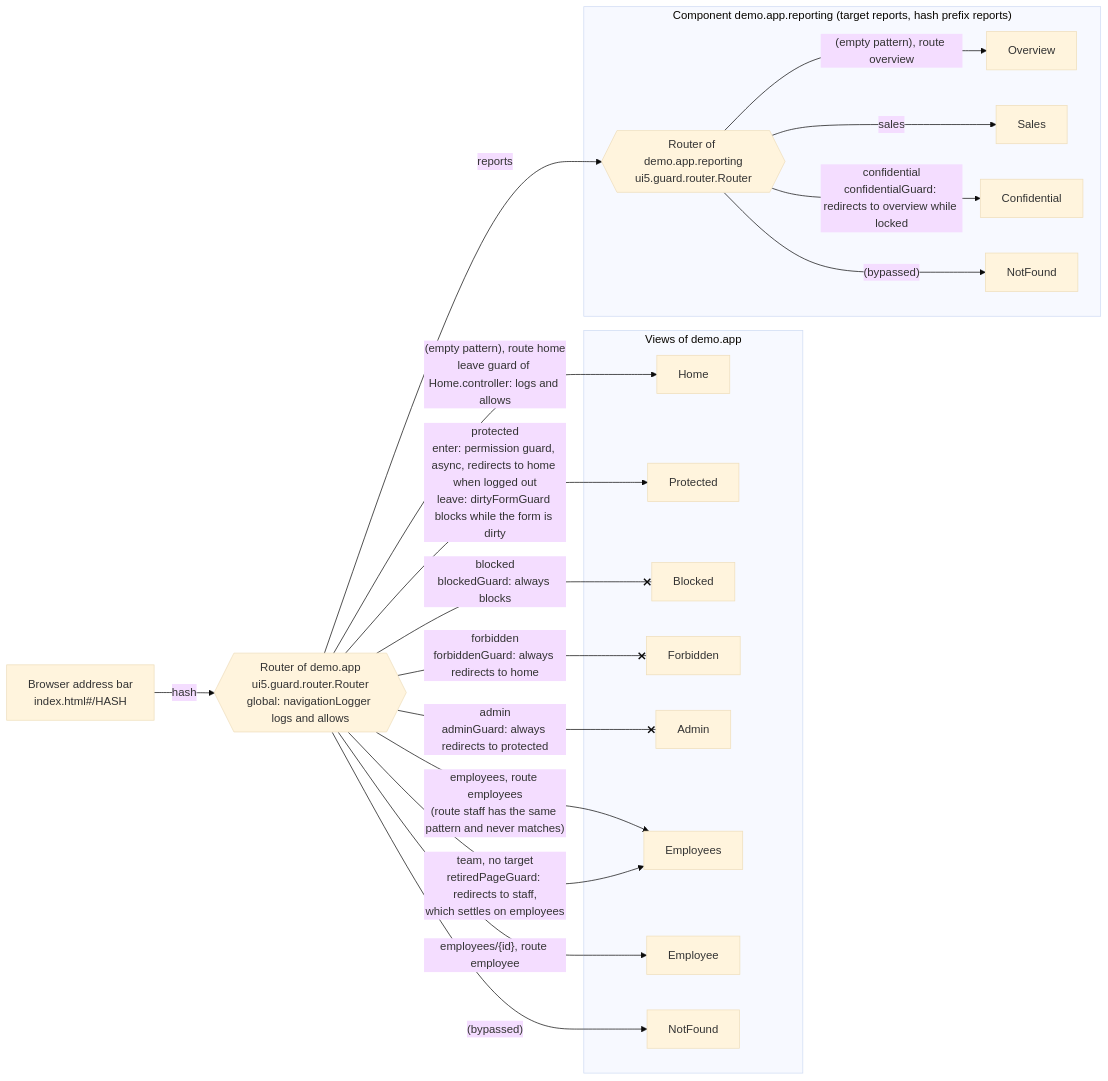
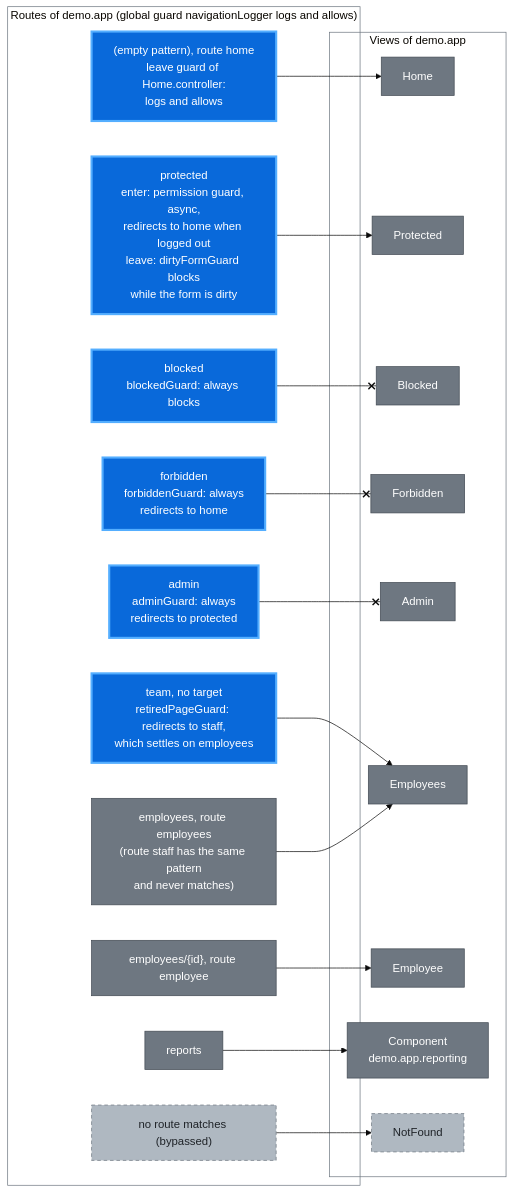
Before and after one commit to wridgeu/ui5-lib-guard-router: the first of 2 diagrams in packages/demo-app/README.md, drawn with Mermaid (base theme). The commit also changed other lines of this file and 6 other files, not shown here.

First line of the commit message:
docs: draw the diagrams narrow, one case each, and colour the overview

````diff
--- a/packages/demo-app/README.md
+++ b/packages/demo-app/README.md
@@ -14,42 +14,47 @@
 ```mermaid
 flowchart LR
-    bar["Browser address bar<br/>index.html#/HASH"]
-    router{{"Router of demo.app<br/>ui5.guard.router.Router<br/>global: navigationLogger logs and allows"}}
+    subgraph routes ["Routes of demo.app (global guard navigationLogger logs and allows)"]
+        rHome["(empty pattern), route home<br/>leave guard of Home.controller:<br/>logs and allows"]
+        rProtected["protected<br/>enter: permission guard, async,<br/>redirects to home when logged out<br/>leave: dirtyFormGuard blocks<br/>while the form is dirty"]
+        rBlocked["blocked<br/>blockedGuard: always blocks"]
+        rForbidden["forbidden<br/>forbiddenGuard: always<br/>redirects to home"]
+        rAdmin["admin<br/>adminGuard: always<br/>redirects to protected"]
+        rTeam["team, no target<br/>retiredPageGuard: redirects to staff,<br/>which settles on employees"]
+        rEmployees["employees, route employees<br/>(route staff has the same pattern<br/>and never matches)"]
+        rEmployee["employees/{id}, route employee"]
+        rReports["reports"]
+        rNone["no route matches (bypassed)"]
+    end
 
-    subgraph app ["Views of demo.app"]
+    subgraph views ["Views of demo.app"]
         home["Home"]
         protected["Protected"]
         blocked["Blocked"]
         forbidden["Forbidden"]
         admin["Admin"]
         employees["Employees"]
         employee["Employee"]
+        reporting["Component<br/>demo.app.reporting"]
         notFound["NotFound"]
     end
 
-    subgraph reporting ["Component demo.app.reporting (target reports, hash prefix reports)"]
-        nestedRouter{{"Router of demo.app.reporting<br/>ui5.guard.router.Router"}}
-        overview["Overview"]
-        sales["Sales"]
-        confidential["Confidential"]
-        nestedNotFound["NotFound"]
-    end
+    rHome --> home
+    rProtected --> protected
+    rBlocked --x blocked
+    rForbidden --x forbidden
+    rAdmin --x admin
+    rTeam --> employees
+    rEmployees --> employees
+    rEmployee --> employee
+    rReports --> reporting
+    rNone --> notFound
 
-    bar -- "hash" --> router
-
-    router -- "(empty pattern), route home<br/>leave guard of Home.controller: logs and allows" --> home
-    router -- "protected<br/>enter: permission guard, async, redirects to home when logged out<br/>leave: dirtyFormGuard blocks while the form is dirty" --> protected
-    router -- "blocked<br/>blockedGuard: always blocks" --x blocked
-    router -- "forbidden<br/>forbiddenGuard: always redirects to home" --x forbidden
-    router -- "admin<br/>adminGuard: always redirects to protected" --x admin
-    router -- "employees, route employees<br/>(route staff has the same pattern and never matches)" --> employees
-    router -- "team, no target<br/>retiredPageGuard: redirects to staff,<br/>which settles on employees" --> employees
-    router -- "employees/{id}, route employee" --> employee
-    router -- "reports" --> nestedRouter
-    router -- "(bypassed)" --> notFound
-
-    nestedRouter -- "(empty pattern), route overview" --> overview
-    nestedRouter -- "sales" --> sales
-    nestedRouter -- "confidential<br/>confidentialGuard: redirects to overview while locked" --> confidential
-    nestedRouter -- "(bypassed)" --> nestedNotFound
+    classDef plain fill:#6e7781,stroke:#424a53,color:#ffffff
+    classDef guarded fill:#0969da,stroke:#54aeff,stroke-width:3px,color:#ffffff
+    classDef muted fill:#afb8c1,stroke:#6e7781,stroke-dasharray:5 4,color:#1f2328
+    class rEmployees,rEmployee,rReports,home,protected,blocked,forbidden,admin,employees,employee,reporting plain
+    class rHome,rProtected,rBlocked,rForbidden,rAdmin,rTeam guarded
+    class rNone,notFound muted
+    style routes fill:none,stroke:#6e7781
+    style views fill:none,stroke:#6e7781
 ```
````
